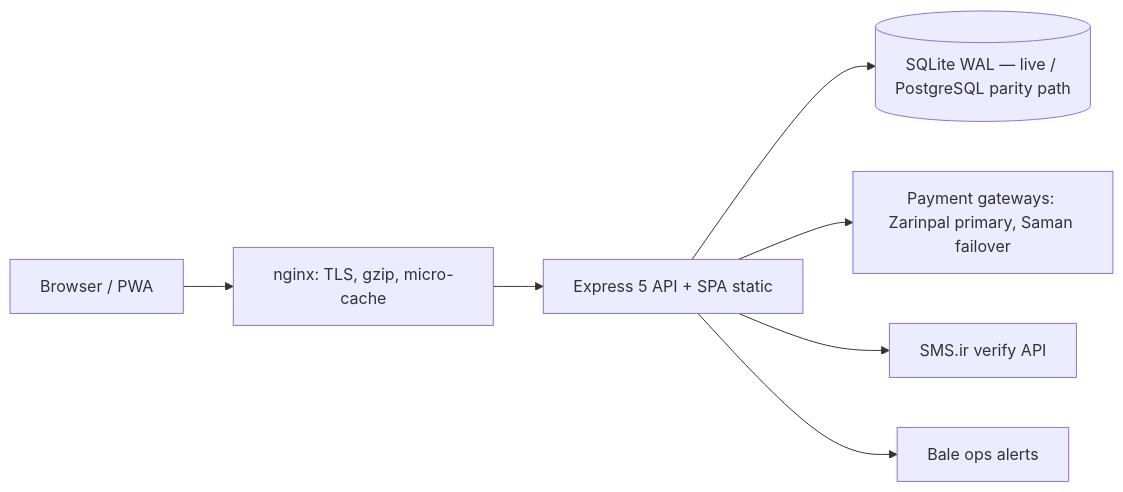
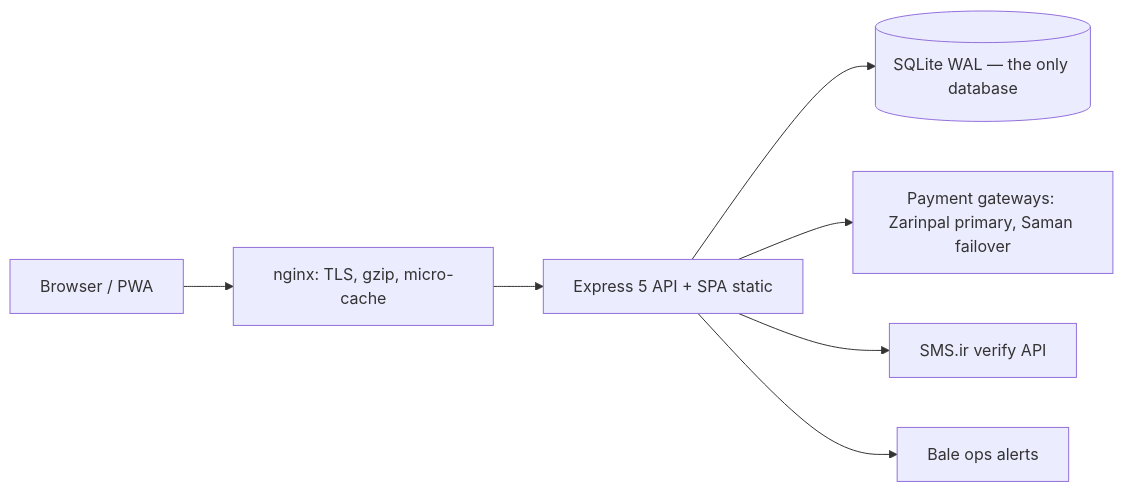
One commit to MrRooobooot/Janebi-Store changed the diagram in README.md. Above: the diagram before and after it, drawn with Mermaid. The commit also changed other lines of this file and 51 other files, not shown here.

First line of the commit message:
refactor(db): remove PostgreSQL code; SQLite is the only database

````diff
--- a/README.md
+++ b/README.md
@@ -37,9 +37,9 @@
 ```mermaid
 flowchart LR
     B[Browser / PWA] --> N[nginx: TLS, gzip, micro-cache]
     N --> A[Express 5 API + SPA static]
-    A --> D[(SQLite WAL — live / PostgreSQL parity path)]
+    A --> D[(SQLite WAL — the only database)]
     A --> P[Payment gateways: Zarinpal primary, Saman failover]
     A --> S[SMS.ir verify API]
     A --> T[Bale ops alerts]
 ```
````
